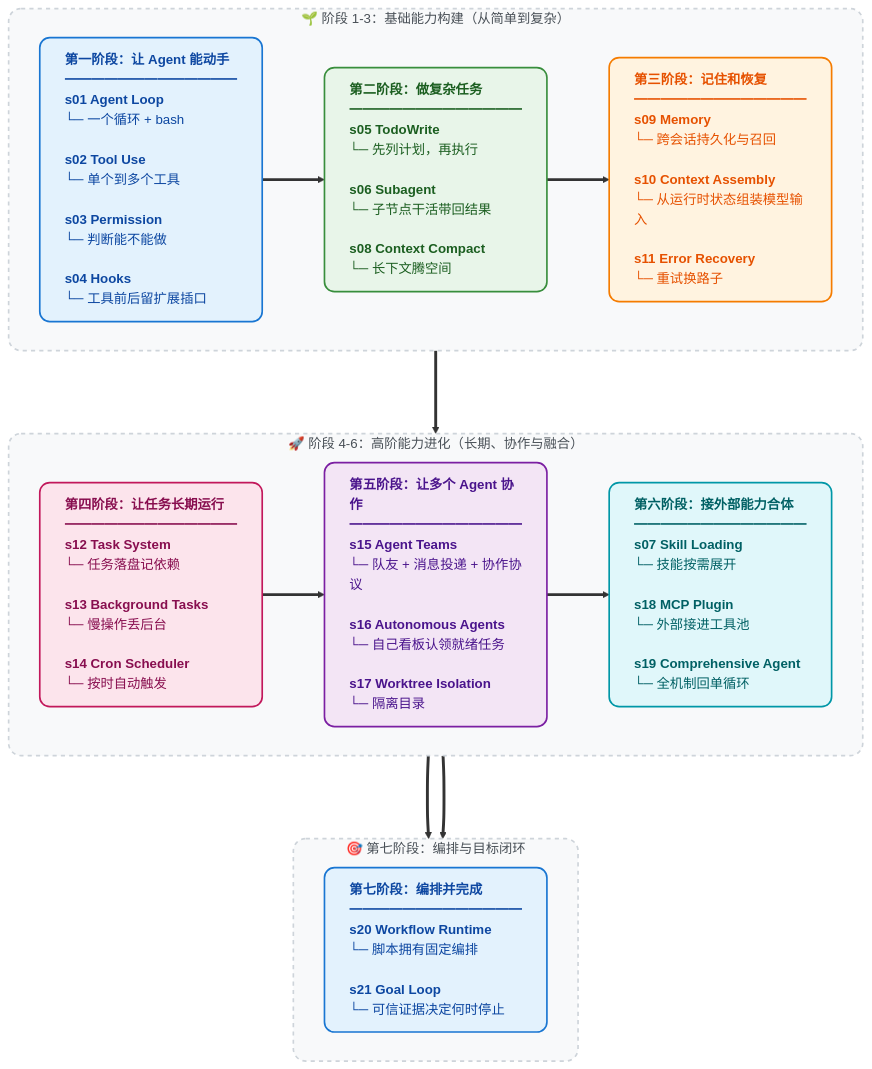
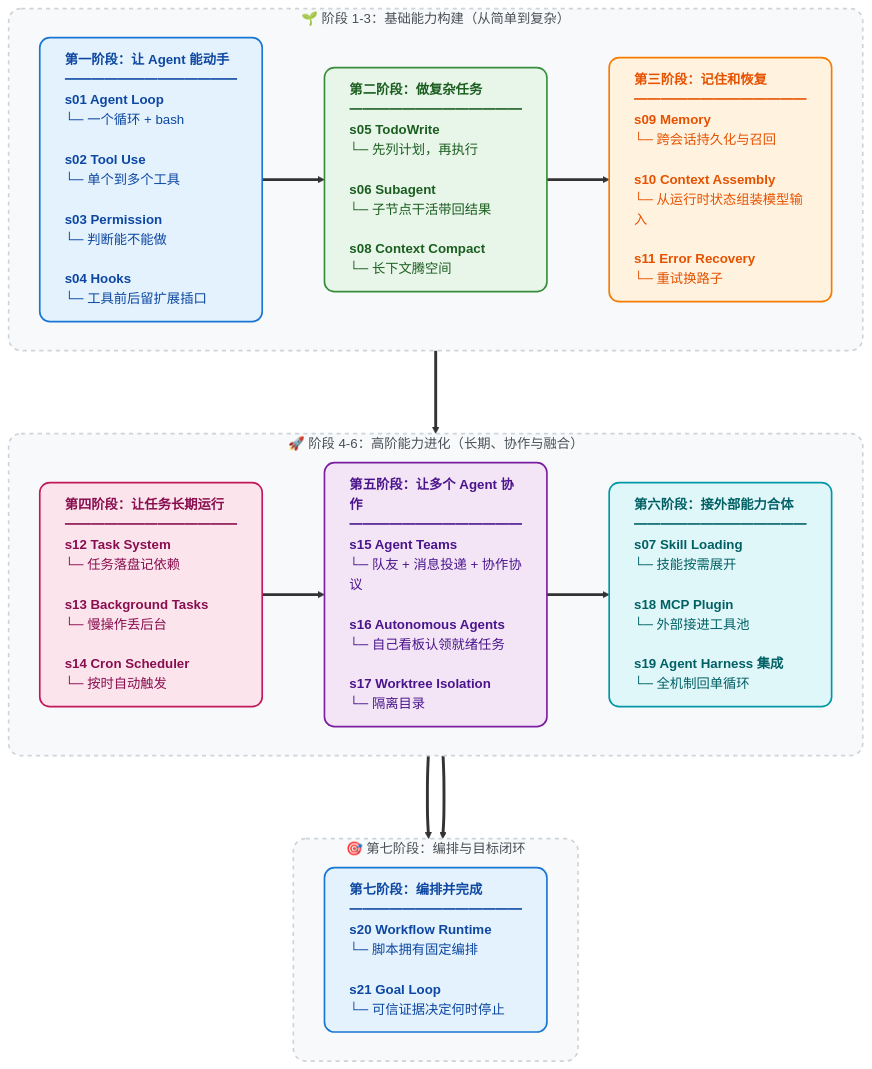
One commit to snake-fan/learn-claude-code changed the diagram in README-zh.md. Above: the diagram before and after it, drawn with Mermaid. The commit also changed other lines of this file and 27 other files, not shown here.

````diff
--- a/README-zh.md
+++ b/README-zh.md
@@ -306,50 +306,50 @@
 ```mermaid
 flowchart TD
     %% 统一定义卡片样式：加入 text-align:left 保证列表不会居中乱飘
     classDef stage1 fill:#E3F2FD,stroke:#1976D2,stroke-width:2px,color:#0D47A1,rx:12,ry:12,text-align:left
     classDef stage2 fill:#E8F5E9,stroke:#388E3C,stroke-width:2px,color:#1B5E20,rx:12,ry:12,text-align:left
     classDef stage3 fill:#FFF3E0,stroke:#F57C00,stroke-width:2px,color:#E65100,rx:12,ry:12,text-align:left
     classDef stage4 fill:#FCE4EC,stroke:#C2185b,stroke-width:2px,color:#880E4F,rx:12,ry:12,text-align:left
     classDef stage5 fill:#F3E5F5,stroke:#7B1FA2,stroke-width:2px,color:#4A148C,rx:12,ry:12,text-align:left
     classDef stage6 fill:#E0F7FA,stroke:#0097A7,stroke-width:2px,color:#006064,rx:12,ry:12,text-align:left
     
     %% 背景框样式
     classDef groupBox fill:#F8F9FA,stroke:#CED4DA,stroke-width:2px,stroke-dasharray: 5 5,rx:15,ry:15,color:#495057
     
     %% 第一层：1-3阶段
     subgraph Phase1 ["🌱 阶段 1-3：基础能力构建（从简单到复杂）"]
         direction LR
         S1["<b>第一阶段：让 Agent 能动手</b><br/>━━━━━━━━━━━━━<br/><b>s01 Agent Loop</b><br/>└─ 一个循环 + bash<br/><br/><b>s02 Tool Use</b><br/>└─ 单个到多个工具<br/><br/><b>s03 Permission</b><br/>└─ 判断能不能做<br/><br/><b>s04 Hooks</b><br/>└─ 工具前后留扩展插口"]:::stage1
 
         S2["<b>第二阶段：做复杂任务</b><br/>━━━━━━━━━━━━━<br/><b>s05 TodoWrite</b><br/>└─ 先列计划，再执行<br/><br/><b>s06 Subagent</b><br/>└─ 子节点干活带回结果<br/><br/><b>s08 Context Compact</b><br/>└─ 长下文腾空间"]:::stage2
 
         S3["<b>第三阶段：记住和恢复</b><br/>━━━━━━━━━━━━━<br/><b>s09 Memory</b><br/>└─ 跨会话持久化与召回<br/><br/><b>s10 Context Assembly</b><br/>└─ 从运行时状态组装模型输入<br/><br/><b>s11 Error Recovery</b><br/>└─ 重试换路子"]:::stage3
 
         S1 ==> S2 ==> S3
     end
 
     %% 第二层：4-6阶段
     subgraph Phase2 ["🚀 阶段 4-6：高阶能力进化（长期、协作与融合）"]
         direction LR
         S4["<b>第四阶段：让任务长期运行</b><br/>━━━━━━━━━━━━━<br/><b>s12 Task System</b><br/>└─ 任务落盘记依赖<br/><br/><b>s13 Background Tasks</b><br/>└─ 慢操作丢后台<br/><br/><b>s14 Cron Scheduler</b><br/>└─ 按时自动触发"]:::stage4
 
         S5["<b>第五阶段：让多个 Agent 协作</b><br/>━━━━━━━━━━━━━<br/><b>s15 Agent Teams</b><br/>└─ 队友 + 消息投递 + 协作协议<br/><br/><b>s16 Autonomous Agents</b><br/>└─ 自己看板认领就绪任务<br/><br/><b>s17 Worktree Isolation</b><br/>└─ 隔离目录"]:::stage5
 
-        S6["<b>第六阶段：接外部能力合体</b><br/>━━━━━━━━━━━━━<br/><b>s07 Skill Loading</b><br/>└─ 技能按需展开<br/><br/><b>s18 MCP Plugin</b><br/>└─ 外部接进工具池<br/><br/><b>s19 Comprehensive Agent</b><br/>└─ 全机制回单循环"]:::stage6
+        S6["<b>第六阶段：接外部能力合体</b><br/>━━━━━━━━━━━━━<br/><b>s07 Skill Loading</b><br/>└─ 技能按需展开<br/><br/><b>s18 MCP Plugin</b><br/>└─ 外部接进工具池<br/><br/><b>s19 Agent Harness 集成</b><br/>└─ 全机制回单循环"]:::stage6
 
         S4 ==> S5 ==> S6
     end
 
     %% 第三层：编排与目标闭环
     subgraph Phase3 ["🎯 第七阶段：编排与目标闭环"]
         direction LR
         S7["<b>第七阶段：编排并完成</b><br/>━━━━━━━━━━━━━<br/><b>s20 Workflow Runtime</b><br/>└─ 脚本拥有固定编排<br/><br/><b>s21 Goal Loop</b><br/>└─ 可信证据决定何时停止"]:::stage1
         S6 ==> S7
     end
 
     %% 将三个模块连接起来，形成 Z 字形阅读流
     Phase1 ===> Phase2 ===> Phase3
 
     %% 应用背景样式
     class Phase1,Phase2,Phase3 groupBox
 ```
````
